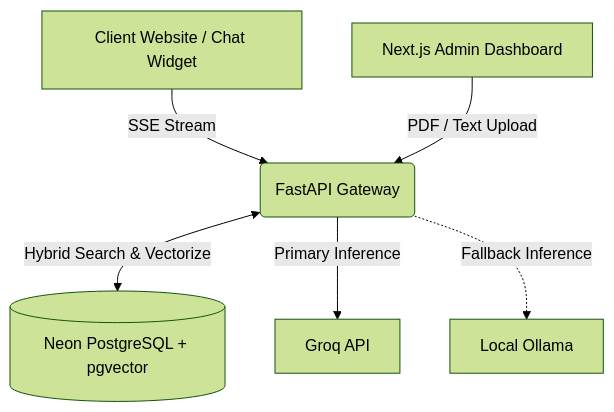
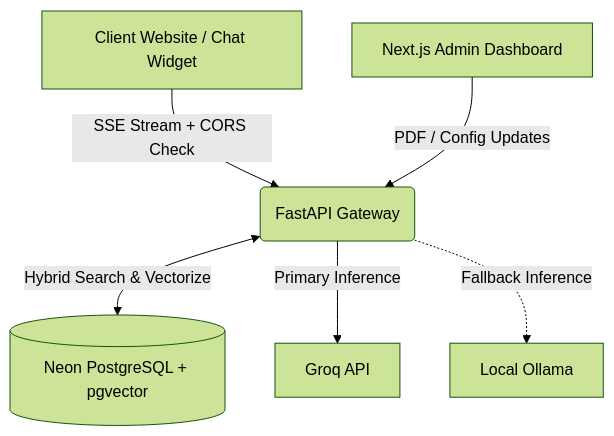
Before and after one commit to RohanCodesDev/Relay-RAG: the diagram in README.md, drawn with Mermaid (forest theme). The commit also changed other lines of this file and 12 other files, not shown here.

Commit message:
feat: complete end-to-end RAG architecture with analytics, security, and white-labeling

````diff
--- a/README.md
+++ b/README.md
@@ -26,8 +27,8 @@
 ```mermaid
 graph TD
-    A[Client Website / Chat Widget] -->|SSE Stream| B(FastAPI Gateway)
-    C[Next.js Admin Dashboard] -->|PDF / Text Upload| B
+    A[Client Website / Chat Widget] -->|SSE Stream + CORS Check| B(FastAPI Gateway)
+    C[Next.js Admin Dashboard] -->|PDF / Config Updates| B
     B <-->|Hybrid Search & Vectorize| D[(Neon PostgreSQL + pgvector)]
     B -->|Primary Inference| E[Groq API]
     B -.->|Fallback Inference| F[Local Ollama]
 ```
````
